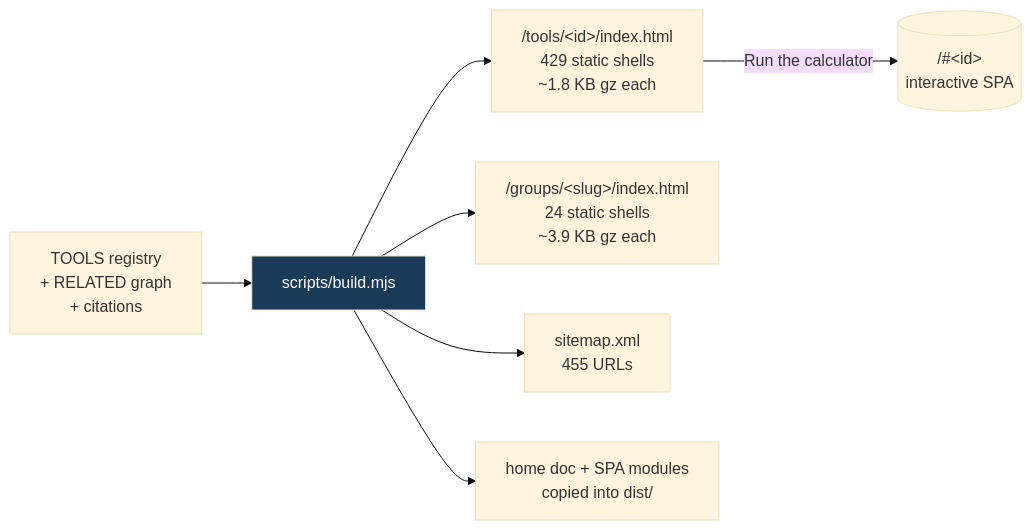
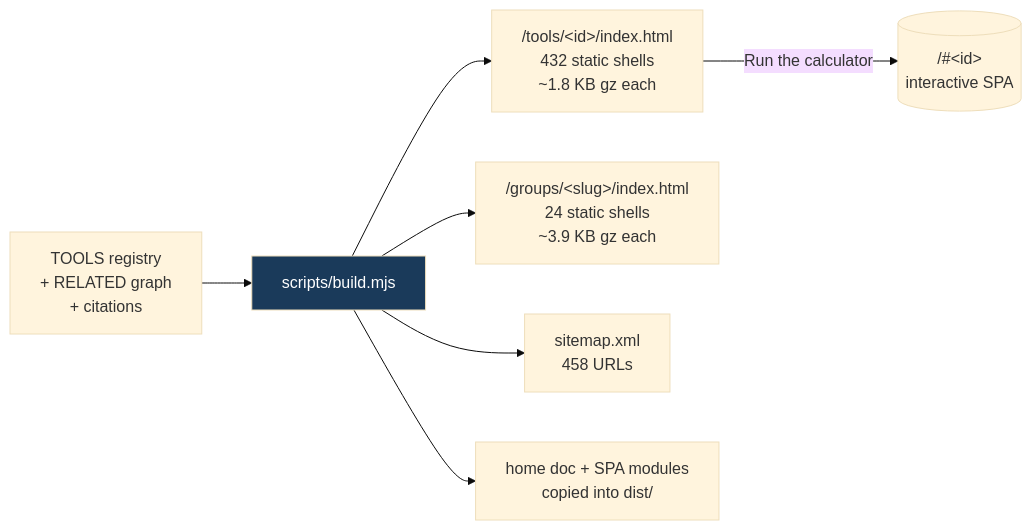
One commit to clay-good/roughlogic.com changed the third of 5 diagrams in README.md. Above: the diagram before and after it, drawn with Mermaid (base theme). The commit also changed other lines of this file and 16 other files, not shown here.

````diff
--- a/README.md
+++ b/README.md
@@ -188,10 +188,10 @@
 ```mermaid
 flowchart LR
     SRC[TOOLS registry\n+ RELATED graph\n+ citations] --> BUILD[scripts/build.mjs]
-    BUILD --> TILE["/tools/&lt;id&gt;/index.html\n429 static shells\n~1.8 KB gz each"]
+    BUILD --> TILE["/tools/&lt;id&gt;/index.html\n432 static shells\n~1.8 KB gz each"]
     BUILD --> GROUP["/groups/&lt;slug&gt;/index.html\n24 static shells\n~3.9 KB gz each"]
-    BUILD --> MAP["sitemap.xml\n455 URLs"]
+    BUILD --> MAP["sitemap.xml\n458 URLs"]
     BUILD --> COPY[home doc + SPA modules\ncopied into dist/]
     TILE -->|Run the calculator| SPA[("/#&lt;id&gt;\ninteractive SPA")]
     style BUILD fill:#1a3a5a,color:#fff
 ```
````
